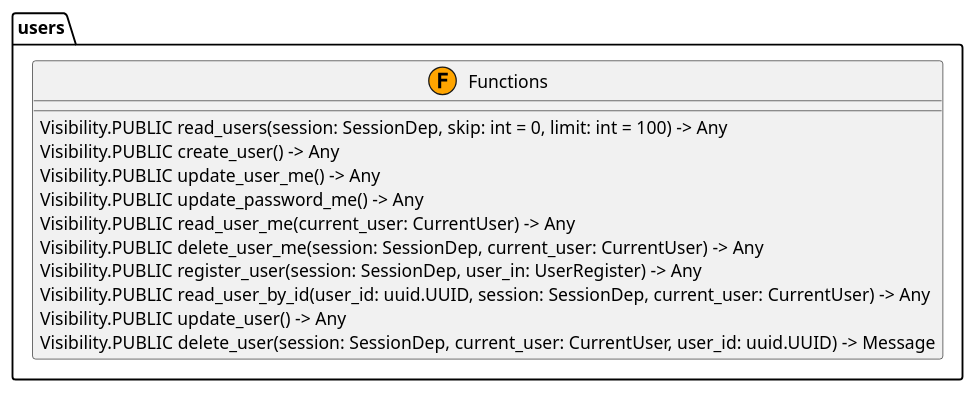
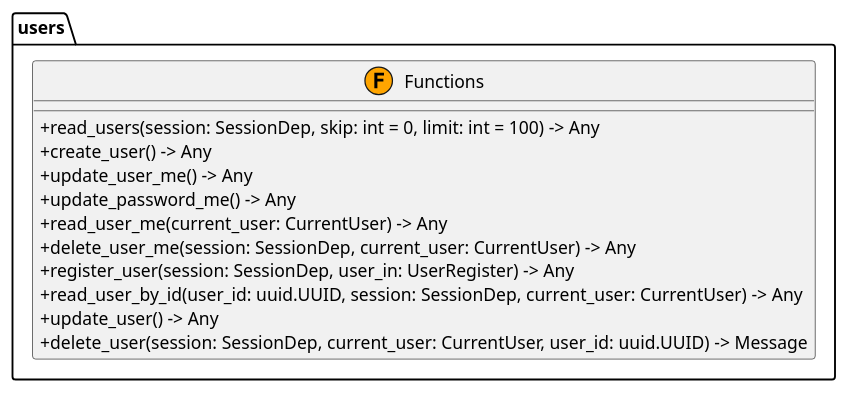
The diagram in docs/source/_generated_uml/users.puml (jswans33/my-full-stack-fastapi-template), drawn with PlantUML before and after one commit. The commit also changed 50 other files, not shown here.

Commit message:
Add configuration module for UML generator and update visibility in UML diagrams

```diff
--- a/docs/source/_generated_uml/users.puml
+++ b/docs/source/_generated_uml/users.puml
@@ -1,20 +1,20 @@
 @startuml
 skinparam classAttributeIconSize 0
 
 package "users" {
   class Functions <<(F,orange)>> {
-    Visibility.PUBLIC read_users(session: SessionDep, skip: int = 0, limit: int = 100) -> Any
-    Visibility.PUBLIC create_user() -> Any
-    Visibility.PUBLIC update_user_me() -> Any
-    Visibility.PUBLIC update_password_me() -> Any
-    Visibility.PUBLIC read_user_me(current_user: CurrentUser) -> Any
-    Visibility.PUBLIC delete_user_me(session: SessionDep, current_user: CurrentUser) -> Any
-    Visibility.PUBLIC register_user(session: SessionDep, user_in: UserRegister) -> Any
-    Visibility.PUBLIC read_user_by_id(user_id: uuid.UUID, session: SessionDep, current_user: CurrentUser) -> Any
-    Visibility.PUBLIC update_user() -> Any
-    Visibility.PUBLIC delete_user(session: SessionDep, current_user: CurrentUser, user_id: uuid.UUID) -> Message
+    +read_users(session: SessionDep, skip: int = 0, limit: int = 100) -> Any
+    +create_user() -> Any
+    +update_user_me() -> Any
+    +update_password_me() -> Any
+    +read_user_me(current_user: CurrentUser) -> Any
+    +delete_user_me(session: SessionDep, current_user: CurrentUser) -> Any
+    +register_user(session: SessionDep, user_in: UserRegister) -> Any
+    +read_user_by_id(user_id: uuid.UUID, session: SessionDep, current_user: CurrentUser) -> Any
+    +update_user() -> Any
+    +delete_user(session: SessionDep, current_user: CurrentUser, user_id: uuid.UUID) -> Message
   }
 }
 
 ' Relationships
 @enduml
```
